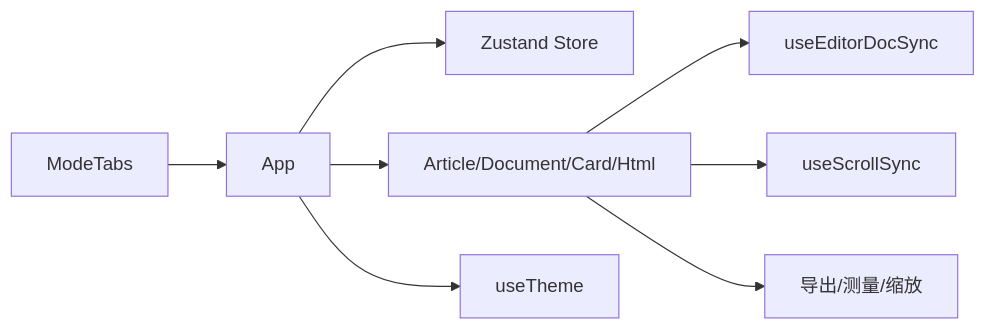
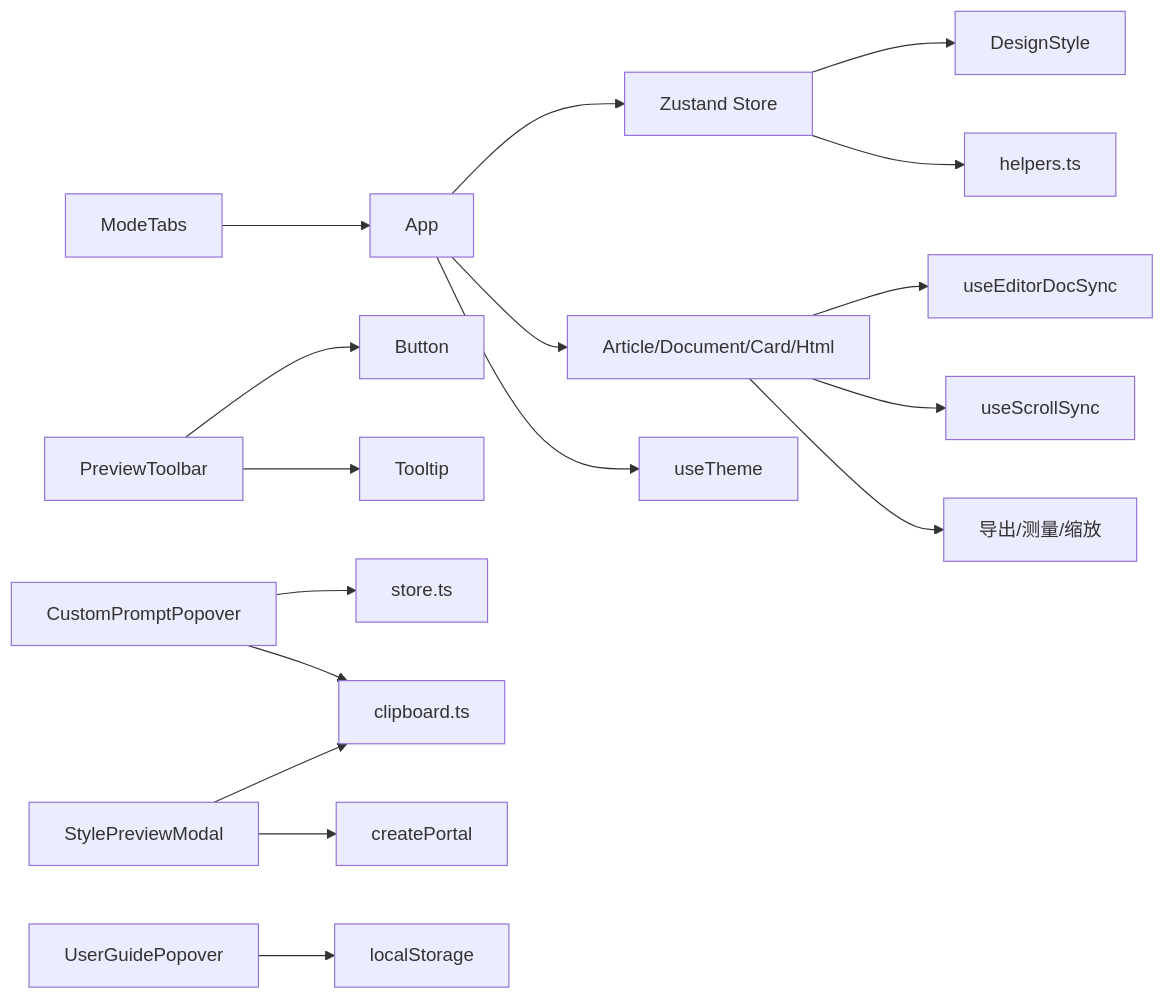
Before and after one commit to ZhongXiandou/markdown2view: diagram 11 of 11 in .qoder/repowiki/zh/content/UI组件库/布局组件.md, drawn with Mermaid. The commit also changed other lines of this file and 35 other files, not shown here.

````diff
--- a/.qoder/repowiki/zh/content/UI组件库/布局组件.md
+++ b/.qoder/repowiki/zh/content/UI组件库/布局组件.md
@@ -293,10 +575,19 @@
 ```mermaid
 graph LR
 MT["ModeTabs"] --> APP["App"]
+PT["PreviewToolbar"] --> BTN["Button"]
+PT --> TIP["Tooltip"]
+CPP["CustomPromptPopover"] --> STORE["store.ts"]
+CPP --> CLIP["clipboard.ts"]
+ST["StyleThumbnail"] --> TYPE["DesignStyle"]
+ST --> UTIL["helpers.ts"]
+SPM["StylePreviewModal"] --> PORTAL["createPortal"]
+SPM --> CLIP
+UGP["UserGuidePopover"] --> LOCAL["localStorage"]
 APP --> ST["Zustand Store"]
 APP --> AM["Article/Document/Card/Html"]
 AM --> SYNC["useEditorDocSync"]
 AM --> SCROLL["useScrollSync"]
 APP --> THEME["useTheme"]
 AM --> EXPORT["导出/测量/缩放"]
 ```
````
